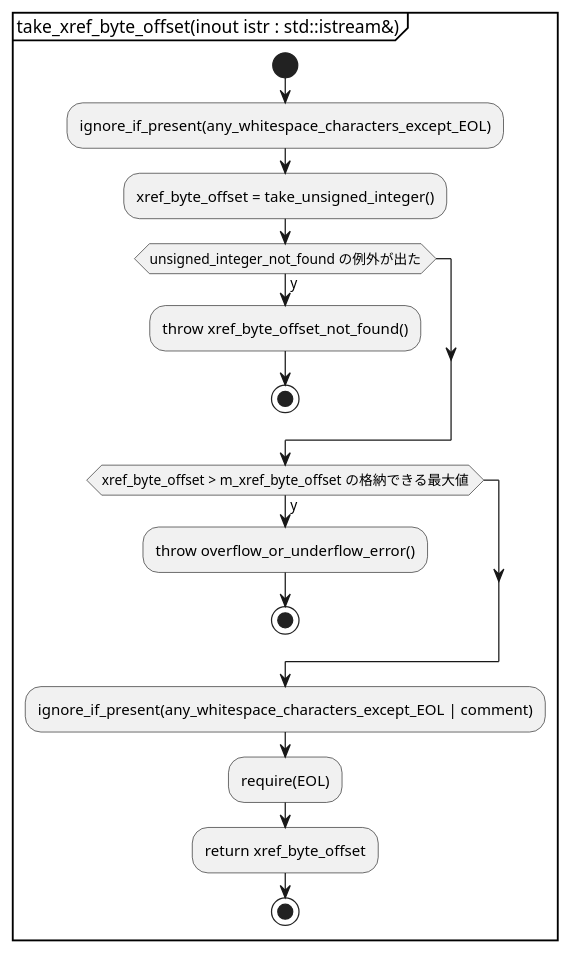
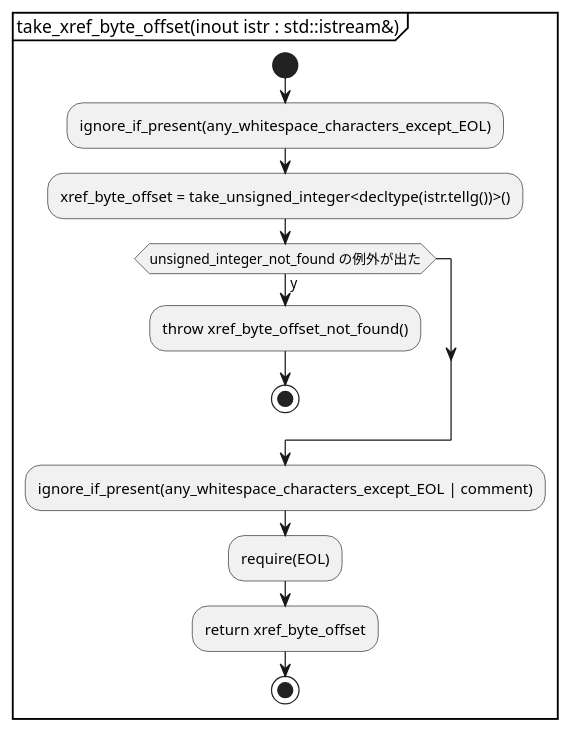
One commit to KodaiYM/PDFReader changed the third of 9 diagrams in document/parser.activity.pu. Above: the diagram before and after it, drawn with PlantUML. The commit also changed other lines of this file and 1 other file, not shown here.

Commit message:
クロスリファレンステーブルの解析部分の設計図を作成

```diff
--- a/document/parser.activity.pu
+++ b/document/parser.activity.pu
@@ -31,19 +34,15 @@
 @startuml take_xref_byte_offset
 partition "take_xref_byte_offset(inout istr : std::istream&)" {
 start
 	:ignore_if_present(any_whitespace_characters_except_EOL);
-	:xref_byte_offset = take_unsigned_integer();
+	:xref_byte_offset = take_unsigned_integer<decltype(istr.tellg())>();
 	if (unsigned_integer_not_found の例外が出た) then (y)
 		:throw xref_byte_offset_not_found();
-		stop
-	endif
-	if (xref_byte_offset > m_xref_byte_offset の格納できる最大値) then (y)
-		:throw overflow_or_underflow_error();
 		stop
 	endif
 	:ignore_if_present(any_whitespace_characters_except_EOL | comment);
 	:require(EOL);
 	:return xref_byte_offset;
 stop
 }
 @enduml
```
